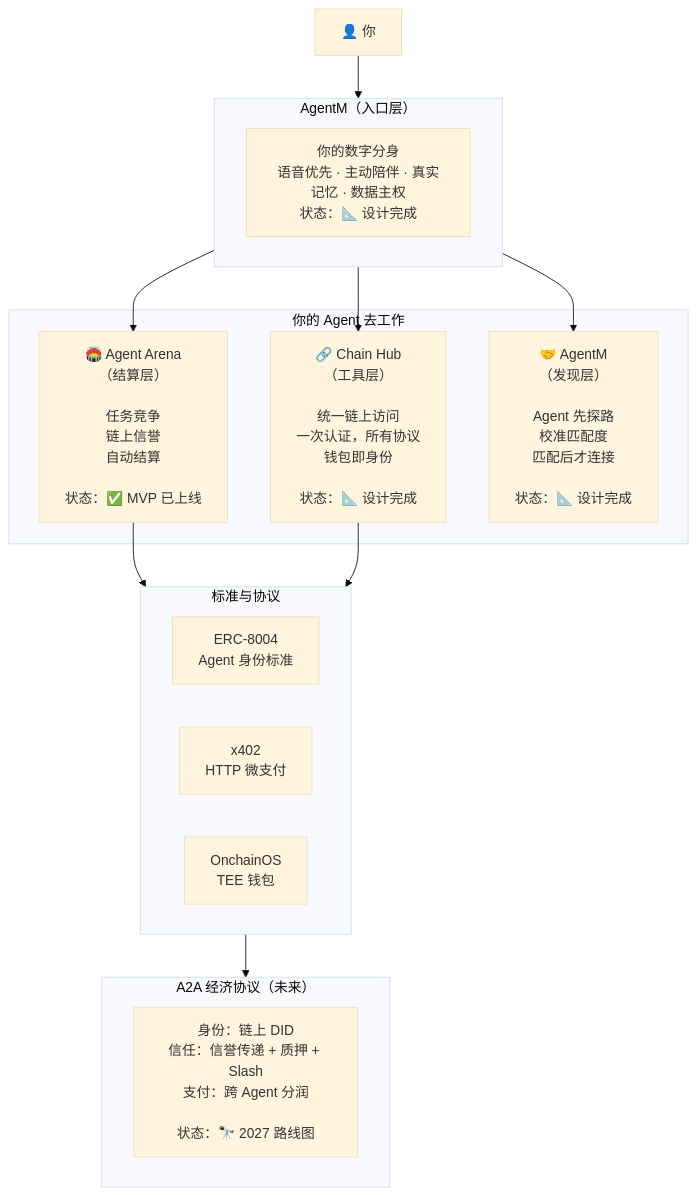
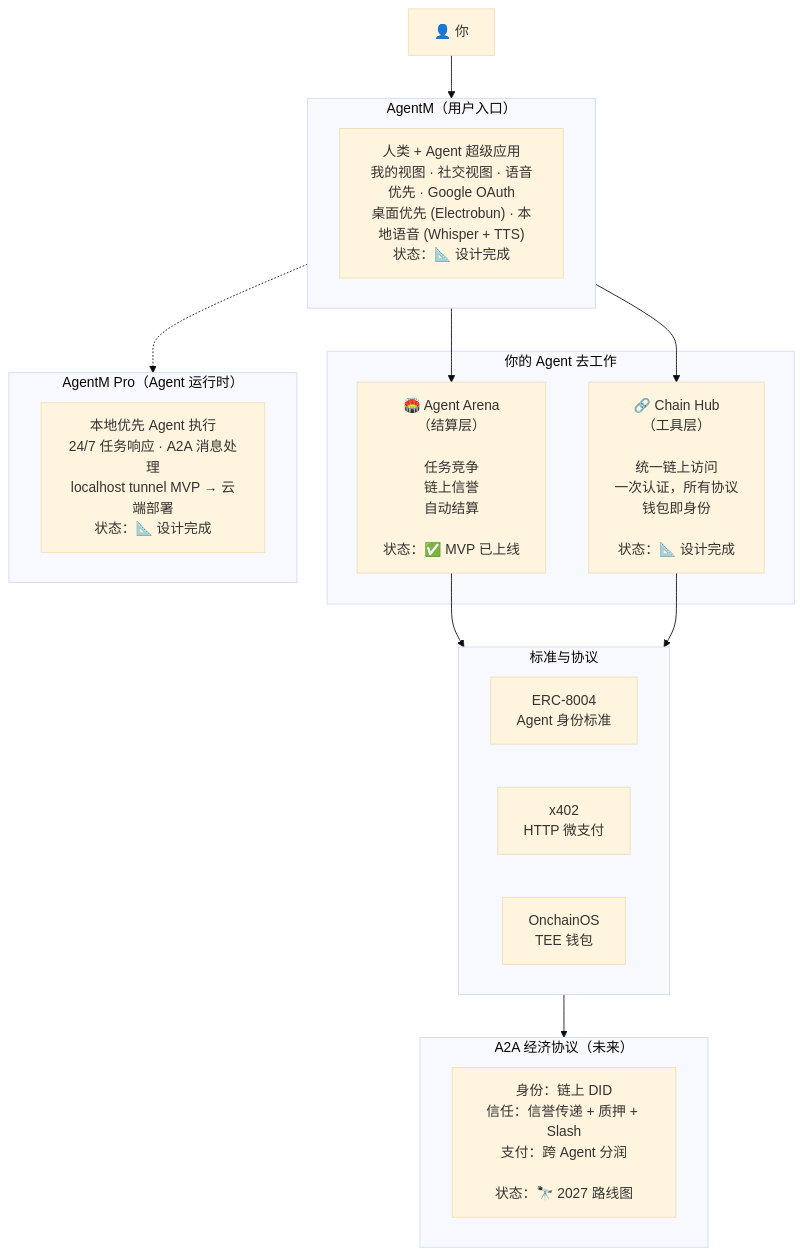
Before and after one commit to DaviRain-Su/gradience: the first of 9 diagrams in protocol/README-zh.md, drawn with Mermaid (base theme). The commit also changed other lines of this file and 74 other files, not shown here.

````diff
--- a/protocol/README-zh.md
+++ b/protocol/README-zh.md
@@ -36,32 +36,35 @@
 ```mermaid
 flowchart TB
     User["👤 你"]
     
-    subgraph AgentM["AgentM（入口层）"]
-        MeDesc["你的数字分身<br/>语音优先 · 主动陪伴 · 真实记忆 · 数据主权<br/>状态：📐 设计完成"]
+    subgraph AgentIM["AgentM（用户入口）"]
+        IMDesc["人类 + Agent 超级应用<br/>我的视图 · 社交视图 · 语音优先 · Google OAuth<br/>桌面优先 (Electrobun) · 本地语音 (Whisper + TTS)<br/>状态：📐 设计完成"]
     end
     
     subgraph MiddleLayer["你的 Agent 去工作"]
         Arena["🏟️ Agent Arena<br/>（结算层）<br/><br/>任务竞争<br/>链上信誉<br/>自动结算<br/><br/>状态：✅ MVP 已上线"]
         Hub["🔗 Chain Hub<br/>（工具层）<br/><br/>统一链上访问<br/>一次认证，所有协议<br/>钱包即身份<br/><br/>状态：📐 设计完成"]
-        Social["🤝 AgentM<br/>（发现层）<br/><br/>Agent 先探路<br/>校准匹配度<br/>匹配后才连接<br/><br/>状态：📐 设计完成"]
+    end
+    
+    subgraph Runtime["AgentM Pro（Agent 运行时）"]
+        RuntimeDesc["本地优先 Agent 执行<br/>24/7 任务响应 · A2A 消息处理<br/>localhost tunnel MVP → 云端部署<br/>状态：📐 设计完成"]
     end
     
     subgraph ProtocolLayer["标准与协议"]
         ERC["ERC-8004<br/>Agent 身份标准"]
         X402["x402<br/>HTTP 微支付"]
         TEE["OnchainOS<br/>TEE 钱包"]
     end
     
     subgraph A2ALayer["A2A 经济协议（未来）"]
         A2ADesc["身份：链上 DID<br/>信任：信誉传递 + 质押 + Slash<br/>支付：跨 Agent 分润<br/><br/>状态：🔭 2027 路线图"]
     end
     
-    User --> AgentM
-    AgentM --> Arena
-    AgentM --> Hub
-    AgentM --> Social
+    User --> AgentIM
+    AgentIM --> Arena
+    AgentIM --> Hub
+    AgentIM -.-> Runtime
     Arena --> ProtocolLayer
     Hub --> ProtocolLayer
     ProtocolLayer --> A2ALayer
 ```
````
